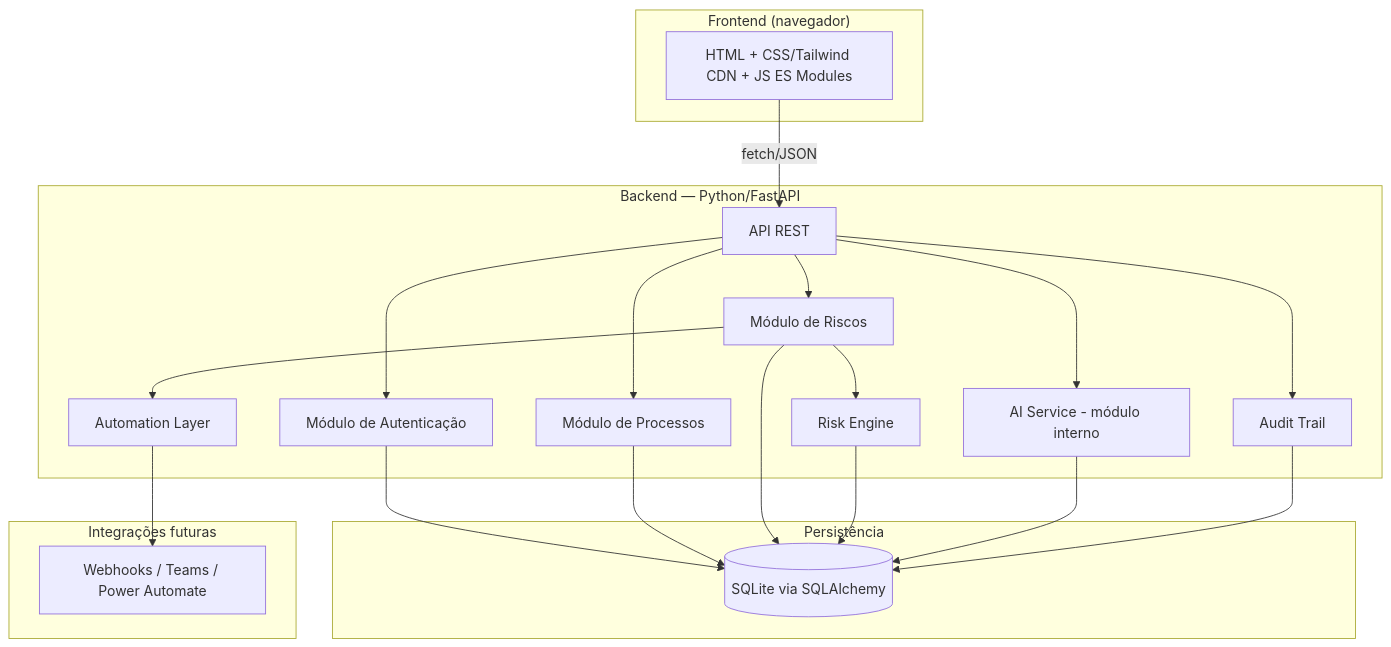
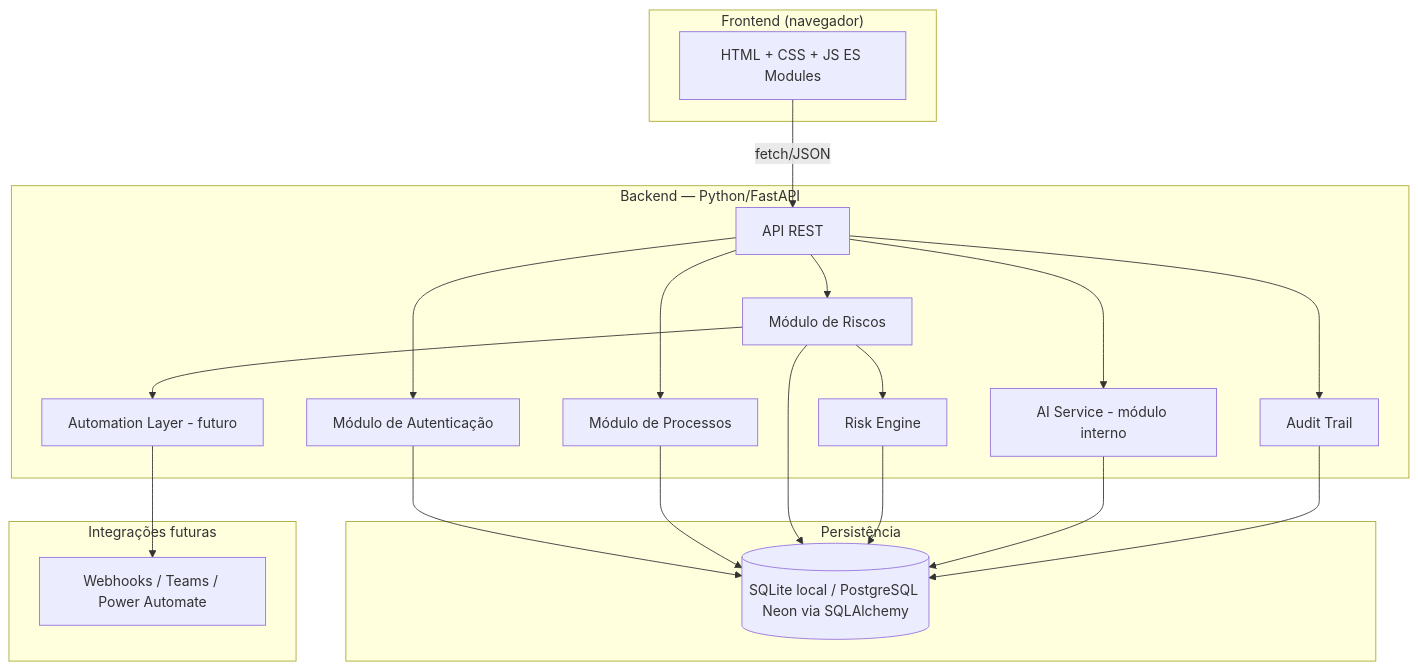
Before and after one commit to Kayque2203/nexus-risk-platform: the first of 2 diagrams in docs/ARCHITECTURE.md, drawn with Mermaid. The commit also changed other lines of this file, not shown here.

Commit message:
Atualiza ARCHITECTURE.md com banco PostgreSQL, hospedagem e decisoes atuais

````diff
--- a/docs/ARCHITECTURE.md
+++ b/docs/ARCHITECTURE.md
@@ -19,41 +19,41 @@
 ```mermaid
 flowchart TD
     subgraph Client["Frontend (navegador)"]
-        UI[HTML + CSS/Tailwind CDN + JS ES Modules]
+        UI[HTML + CSS + JS ES Modules]
     end
 
     subgraph Server["Backend — Python/FastAPI"]
         API[API REST]
         AUTH[Módulo de Autenticação]
         PROC[Módulo de Processos]
         RISK[Módulo de Riscos]
         ENGINE[Risk Engine]
         AI[AI Service - módulo interno]
-        AUTOM[Automation Layer]
+        AUTOM[Automation Layer - futuro]
         AUDIT[Audit Trail]
     end
 
     subgraph Data["Persistência"]
-        DB[(SQLite via SQLAlchemy)]
+        DB[(SQLite local / PostgreSQL Neon via SQLAlchemy)]
     end
 
     subgraph External["Integrações futuras"]
         WEBHOOK[Webhooks / Teams / Power Automate]
     end
 
     UI -- fetch/JSON --> API
     API --> AUTH
     API --> PROC
     API --> RISK
     RISK --> ENGINE
     API --> AI
     API --> AUDIT
     RISK --> AUTOM
     AUTOM --> WEBHOOK
     AUTH --> DB
     PROC --> DB
     RISK --> DB
     ENGINE --> DB
     AI --> DB
     AUDIT --> DB
 ```
````
